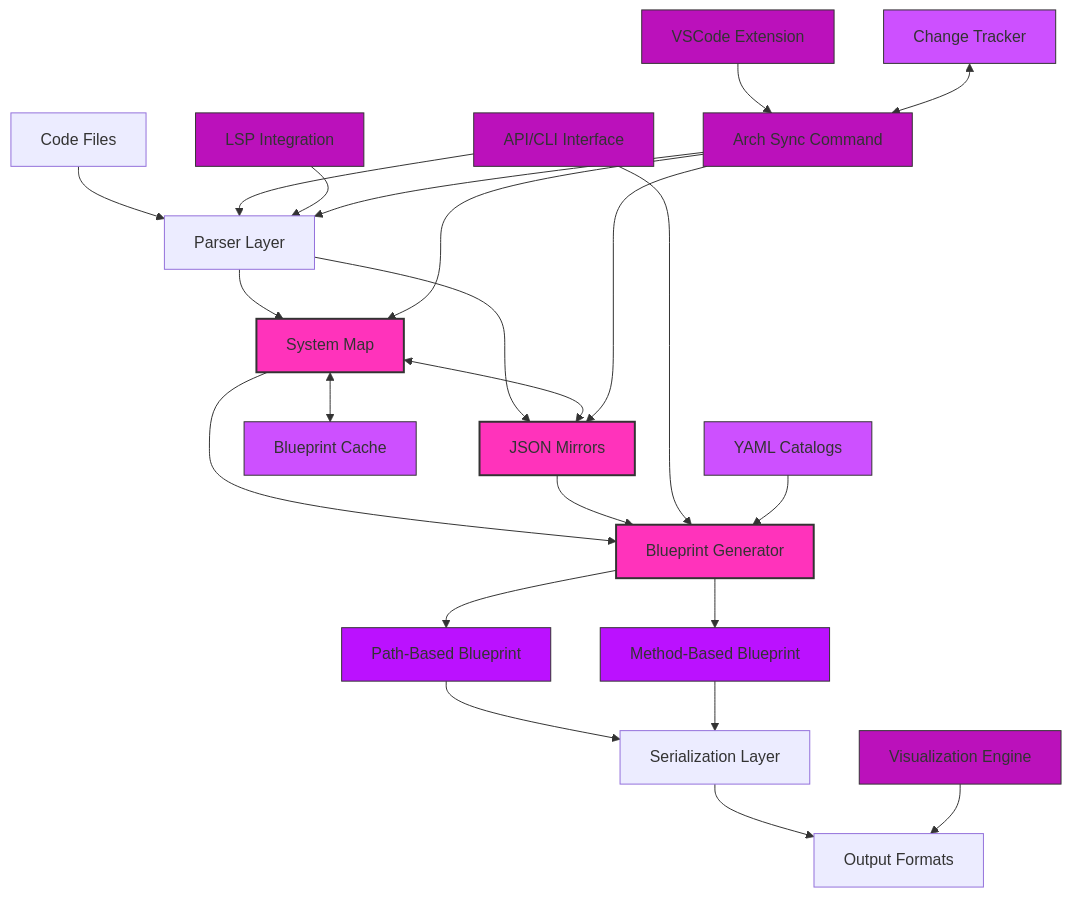
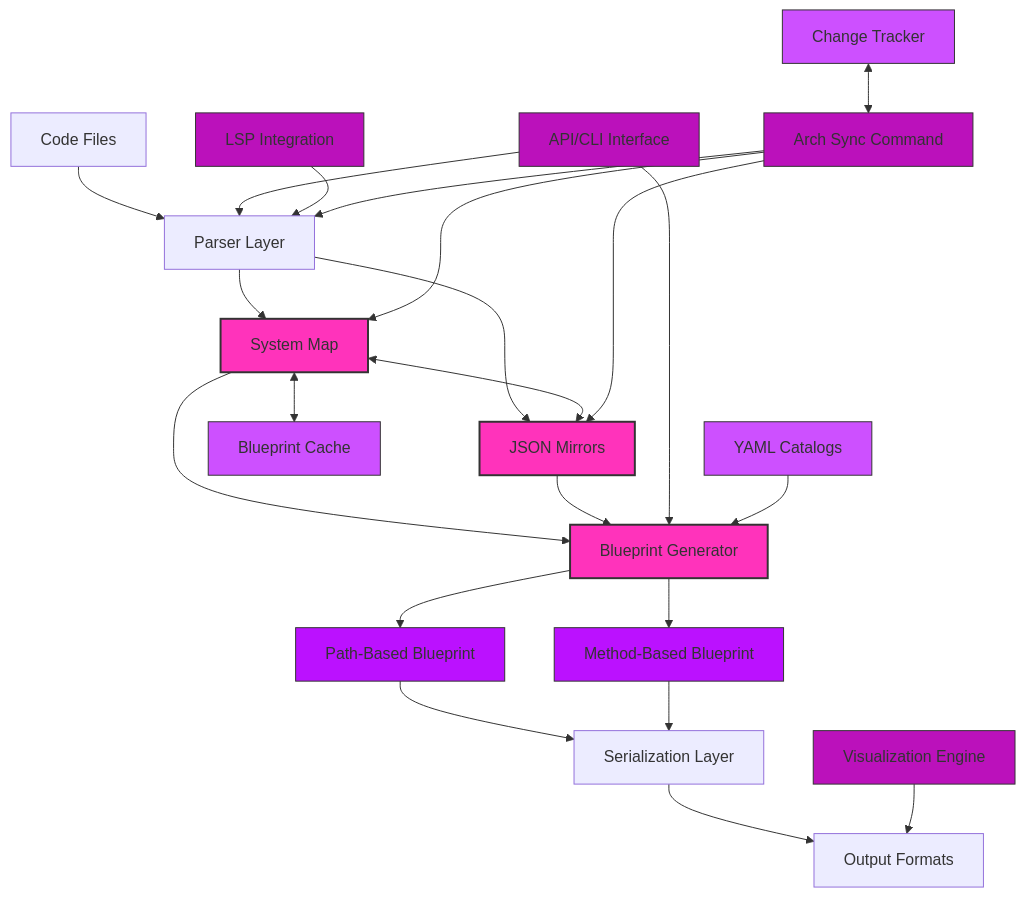
Before and after one commit to flyingwolf1701/Architectum: the first of 5 diagrams in project_docs/core_documents/architecture.md, drawn with Mermaid. The commit also changed other lines of this file, not shown here.

Commit message:
updated architecture

````diff
--- a/project_docs/core_documents/architecture.md
+++ b/project_docs/core_documents/architecture.md
@@ -14,41 +47,39 @@
 ```mermaid
 graph TD
     classDef coreComponents fill:#f3bf,stroke:#333,stroke-width:2px
     classDef interfaces fill:#b1bf,stroke:#333,stroke-width:1px
     classDef dataStores fill:#b1fb,stroke:#333,stroke-width:1px
     classDef blueprints fill:#b1ff,stroke:#333,stroke-width:1px
 
     A[Code Files] --> B[Parser Layer]
     B --> C[System Map]:::coreComponents
     B --> M[JSON Mirrors]:::coreComponents
     C <--> M
     
     C --> BP[Blueprint Generator]:::coreComponents
     M --> BP
     
     BP --> PB[Path-Based Blueprint]:::blueprints
     BP --> MB[Method-Based Blueprint]:::blueprints
     
     PB --> E[Serialization Layer]
     MB --> E
     E --> F[Output Formats]
     
     G[API/CLI Interface]:::interfaces --> B
     G --> BP
     
     C <--> H[Blueprint Cache]:::dataStores
     
     I[LSP Integration]:::interfaces --> B
     
     J[Visualization Engine]:::interfaces --> F
     
     K[Arch Sync Command]:::interfaces --> B
     K --> C
     K --> M
     
     Y[YAML Catalogs]:::dataStores --> BP
     
-    L[VSCode Extension]:::interfaces --> K
-    
     N[Change Tracker]:::dataStores <--> K
 ```
````
